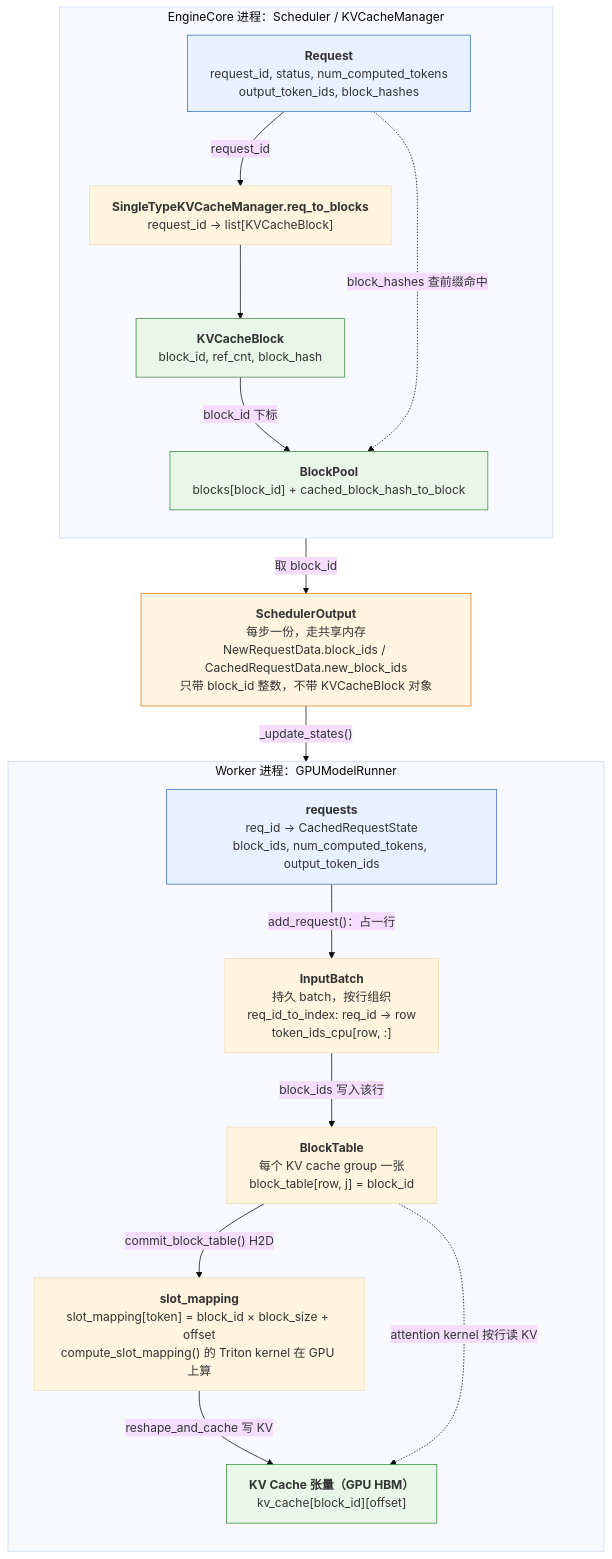
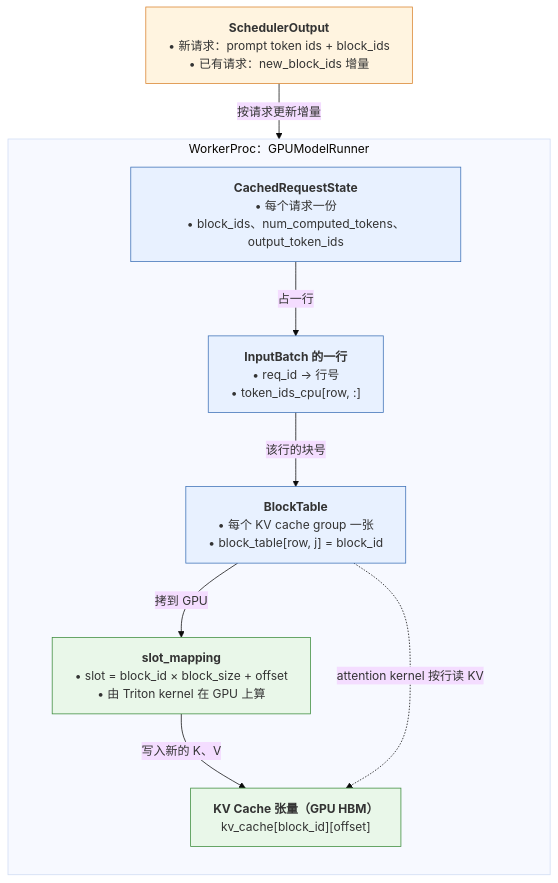
One commit to arganzheng/arganzheng.github.com changed the fifth of 12 diagrams in _posts/2026-08-14-vllm-request-lifecycle-overview.md. Above: the diagram before and after it, drawn with Mermaid (base theme). The commit also changed other lines of this file and 4 other files, not shown here.

````diff
--- a/_posts/2026-08-14-vllm-request-lifecycle-overview.md
+++ b/_posts/2026-08-14-vllm-request-lifecycle-overview.md
@@ -308,37 +350,26 @@
 ```mermaid
 %%{init: {"flowchart": {"wrappingWidth": 380}}}%%
-%% 图：四个域里对象的两把钥匙：request_id 把 Request 连到 KVCacheBlock，跨进程只传 block_id 整数，Worker 用它填 BlockTable
+%% 图：Worker 一侧：block_id 落到 InputBatch 的行与 BlockTable，派生出 slot_mapping
 flowchart TB
-    subgraph SB["EngineCore 进程：Scheduler / KVCacheManager"]
+    SO2["<b>SchedulerOutput</b><br/>• 新请求：prompt token ids + block_ids<br/>• 已有请求：new_block_ids 增量"]
+    subgraph WK["WorkerProc：GPUModelRunner"]
         direction TB
-        REQ["<b>Request</b><br/>request_id, status, num_computed_tokens<br/>output_token_ids, block_hashes"]
-        R2B["<b>SingleTypeKVCacheManager.req_to_blocks</b><br/>request_id → list#91;KVCacheBlock#93;"]
-        BLK["<b>KVCacheBlock</b><br/>block_id, ref_cnt, block_hash"]
-        POOL["<b>BlockPool</b><br/>blocks#91;block_id#93; + cached_block_hash_to_block"]
-    end
-    SO["<b>SchedulerOutput</b><br/>每步一份，走共享内存<br/>NewRequestData.block_ids / CachedRequestData.new_block_ids<br/>只带 block_id 整数，不带 KVCacheBlock 对象"]
-    subgraph SC["Worker 进程：GPUModelRunner"]
-        direction TB
-        CRS["<b>requests</b><br/>req_id → CachedRequestState<br/>block_ids, num_computed_tokens, output_token_ids"]
-        IB["<b>InputBatch</b><br/>持久 batch，按行组织<br/>req_id_to_index: req_id → row<br/>token_ids_cpu#91;row, :#93;"]
-        BT["<b>BlockTable</b><br/>每个 KV cache group 一张<br/>block_table#91;row, j#93; = block_id"]
-        SM["<b>slot_mapping</b><br/>slot_mapping#91;token#93; = block_id × block_size + offset<br/>compute_slot_mapping() 的 Triton kernel 在 GPU 上算"]
+        CRS["<b>CachedRequestState</b><br/>• 每个请求一份<br/>• block_ids、num_computed_tokens、output_token_ids"]
+        IB["<b>InputBatch 的一行</b><br/>• req_id → 行号<br/>• token_ids_cpu#91;row, :#93;"]
+        BT["<b>BlockTable</b><br/>• 每个 KV cache group 一张<br/>• block_table#91;row, j#93; = block_id"]
+        SM["<b>slot_mapping</b><br/>• slot = block_id × block_size + offset<br/>• 由 Triton kernel 在 GPU 上算"]
         KV["<b>KV Cache 张量（GPU HBM）</b><br/>kv_cache#91;block_id#93;#91;offset#93;"]
     end
-    REQ -- "request_id" --> R2B --> BLK
-    BLK -- "block_id 下标" --> POOL
-    REQ -. "block_hashes 查前缀命中" .-> POOL
-    R2B -- "取 block_id" --> SO
-    SO -- "_update_states()" --> CRS
-    CRS -- "add_request()：占一行" --> IB
-    IB -- "block_ids 写入该行" --> BT
-    BT -- "commit_block_table() H2D" --> SM
-    SM -- "reshape_and_cache 写 KV" --> KV
+    SO2 -- "按请求更新增量" --> CRS
+    CRS -- "占一行" --> IB
+    IB -- "该行的块号" --> BT
+    BT -- "拷到 GPU" --> SM
+    SM -- "写入新的 K、V" --> KV
     BT -. "attention kernel 按行读 KV" .-> KV
     classDef state fill:#e8f1ff,stroke:#3b6fb6;
     classDef msg fill:#fff4e0,stroke:#d9822b;
     classDef mem fill:#e9f7e9,stroke:#3a8a3a;
-    class REQ,CRS state;
-    class SO msg;
-    class BLK,POOL,KV mem;
+    class CRS,IB,BT state;
+    class SO2 msg;
+    class SM,KV mem;
 ```
````
